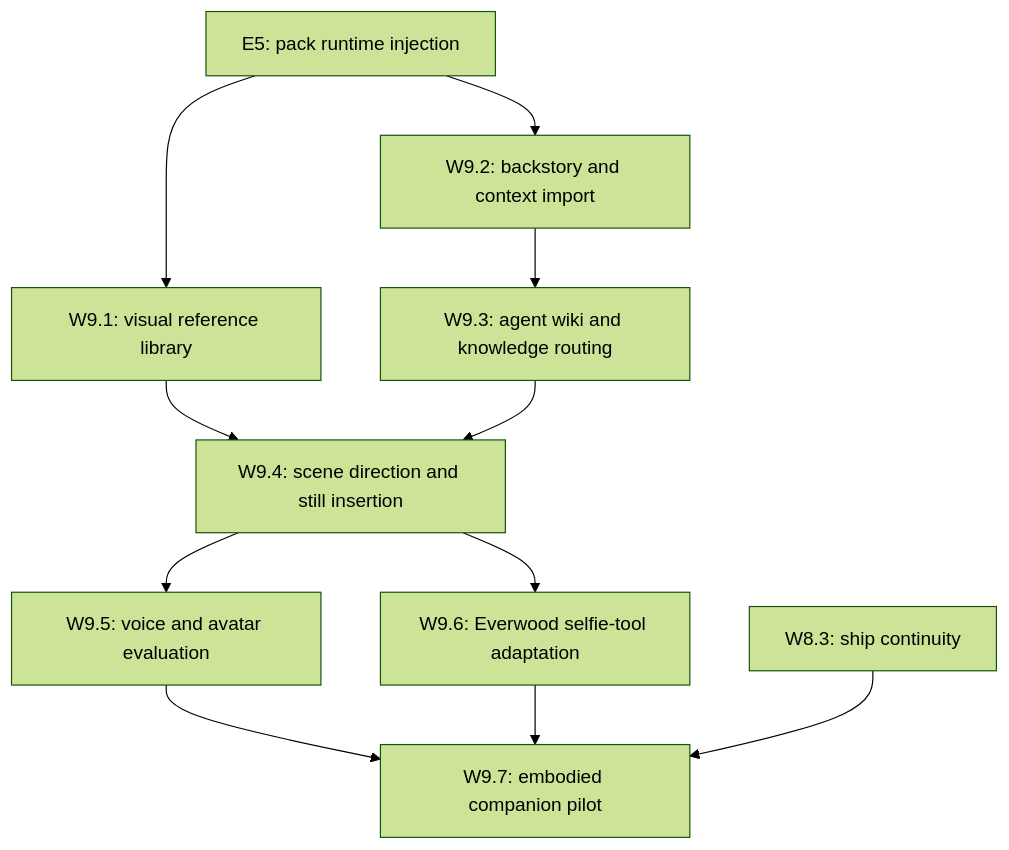
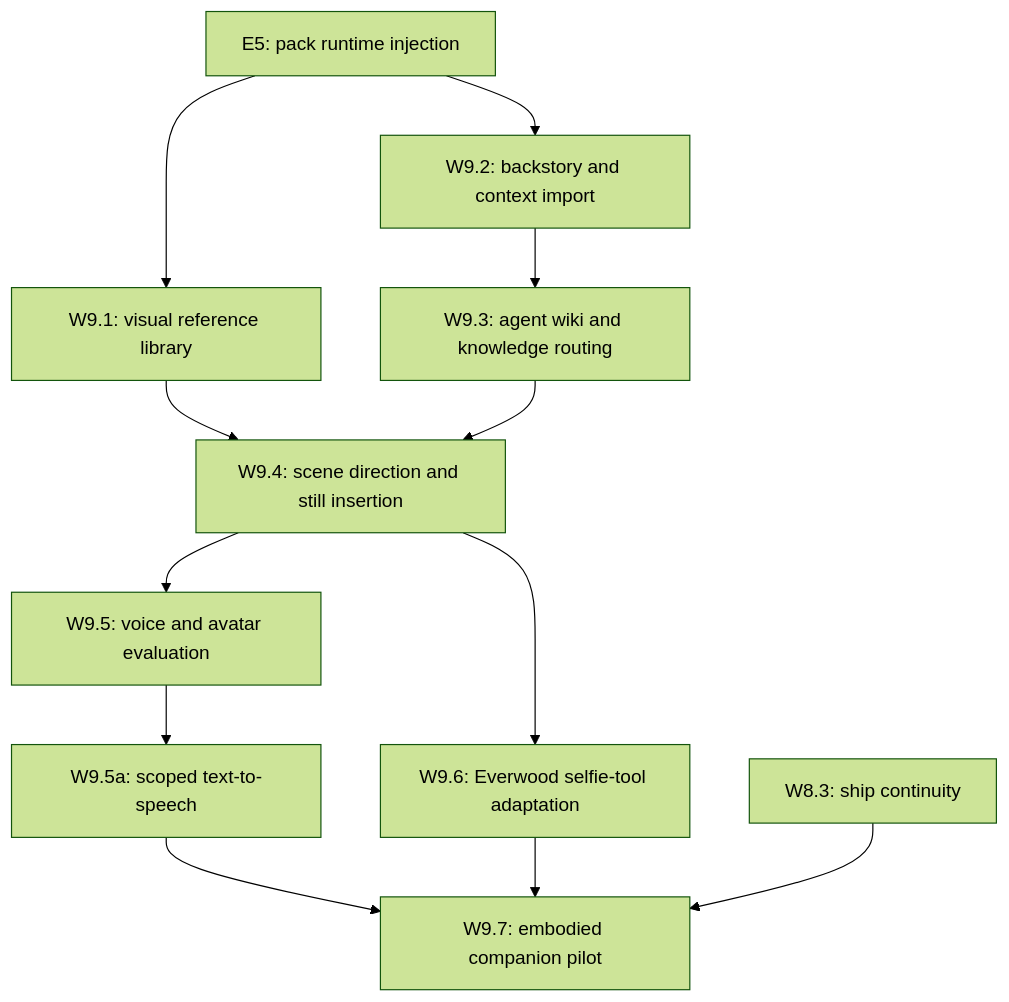
The ninth of 11 diagrams in docs/lyra_build_plan.md (ChrisHartline/Lyra), drawn with Mermaid (forest theme) before and after one commit. The commit also changed other lines of this file and 13 other files, not shown here.

````diff
--- a/docs/lyra_build_plan.md
+++ b/docs/lyra_build_plan.md
@@ -406,20 +406,22 @@
 ```mermaid
 graph TD
     W91[W9.1: visual reference library]
     W92[W9.2: backstory and context import]
     W93[W9.3: agent wiki and knowledge routing]
     W94[W9.4: scene direction and still insertion]
     W95[W9.5: voice and avatar evaluation]
+    W95A[W9.5a: scoped text-to-speech]
     W96[W9.6: Everwood selfie-tool adaptation]
     W97[W9.7: embodied companion pilot]
     E5[E5: pack runtime injection] --> W91
     E5 --> W92
     W92 --> W93
     W91 --> W94
     W93 --> W94
     W94 --> W95
     W94 --> W96
-    W95 --> W97
+    W95 --> W95A
+    W95A --> W97
     W96 --> W97
     W83[W8.3: ship continuity] --> W97
 ```
````
